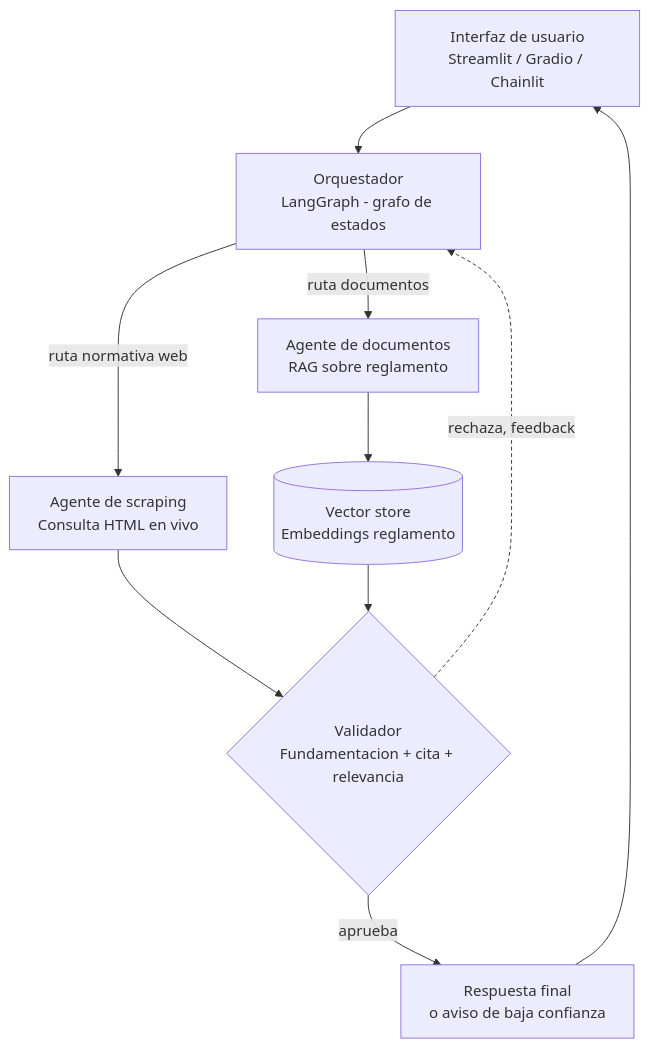
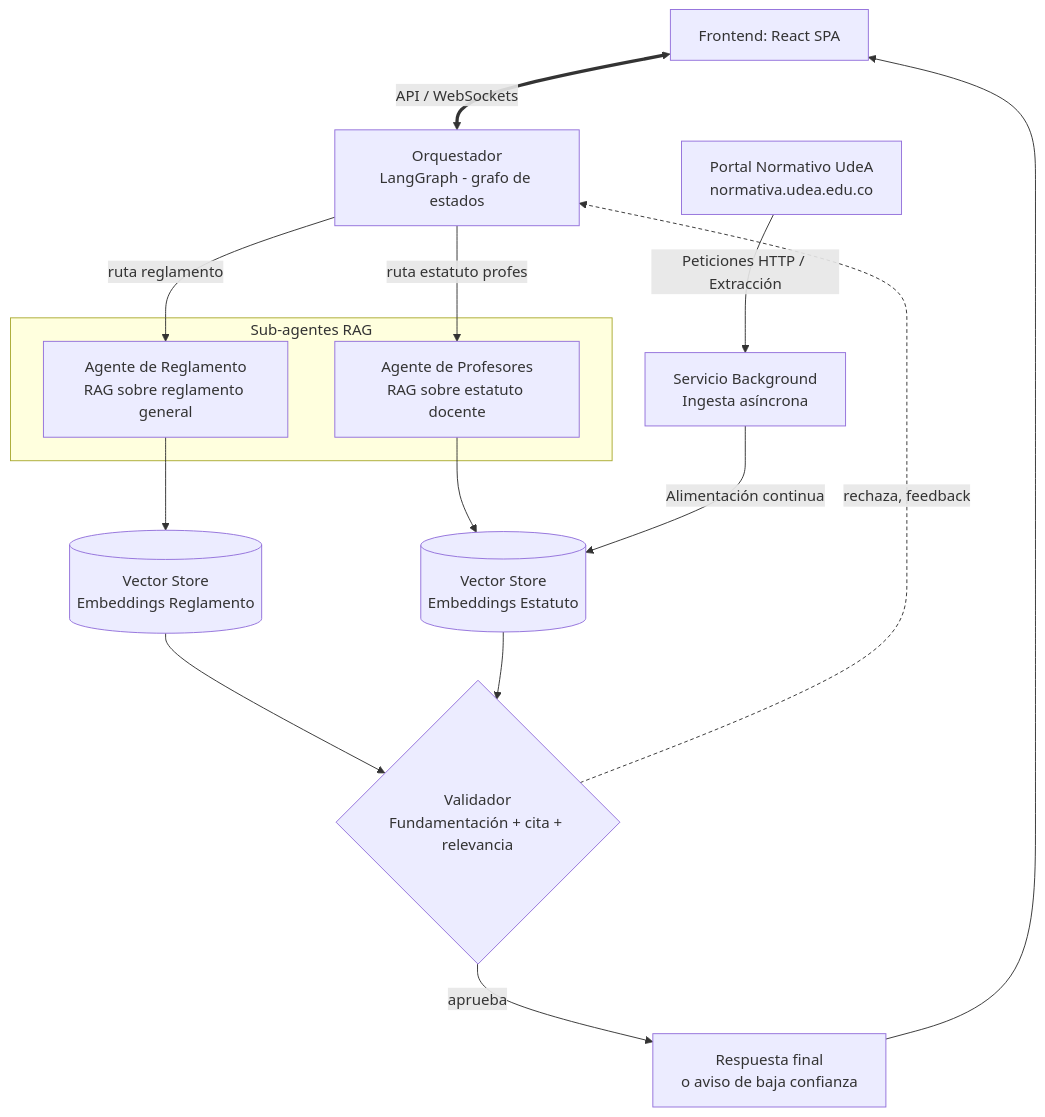
The diagram in README.md (JuanCOD001116/normativa-agentica), drawn with Mermaid before and after one commit. The commit also changed 21 other files, not shown here.

````diff
--- a/README.md
+++ b/README.md
@@ -9,22 +9,38 @@
 ```mermaid
 flowchart TD
-		UI[Interfaz de usuario<br/>Streamlit / Gradio / Chainlit]
-		ORQ[Orquestador<br/>LangGraph - grafo de estados]
-		AG_DOC[Agente de documentos<br/>RAG sobre reglamento]
-		AG_SCRAPE[Agente de scraping<br/>Consulta HTML en vivo]
-		VS[(Vector store<br/>Embeddings reglamento)]
-		VAL{Validador<br/>Fundamentacion + cita + relevancia}
-		RESP[Respuesta final<br/>o aviso de baja confianza]
+    UI[Frontend: React SPA]
+    ORQ[Orquestador<br/>LangGraph - grafo de estados]
+    
+    subgraph Sub-agentes RAG
+        AG_REGL[Agente de Reglamento<br/>RAG sobre reglamento general]
+        AG_PROF[Agente de Profesores<br/>RAG sobre estatuto docente]
+    end
 
-		UI --> ORQ
-		ORQ -->|ruta documentos| AG_DOC
-		ORQ -->|ruta normativa web| AG_SCRAPE
-		AG_DOC --> VS
-		AG_SCRAPE --> VAL
-		VS --> VAL
-		VAL -->|rechaza, feedback| ORQ
-		VAL -->|aprueba| RESP
-		RESP --> UI
+    VS_REGL[(Vector Store<br/>Embeddings Reglamento)]
+    VS_PROF[(Vector Store<br/>Embeddings Estatuto)]
+    
+    WEB_UDEA[Portal Normativo UdeA<br/>normativa.udea.edu.co]
+    BG_SVC[Servicio Background<br/>Ingesta asíncrona]
+    
+    VAL{Validador<br/>Fundamentación + cita + relevancia}
+    RESP[Respuesta final<br/>o aviso de baja confianza]
 
-		linkStyle 6 stroke-dasharray: 4 3
+    UI <==>|API / WebSockets| ORQ
+    ORQ -->|ruta reglamento| AG_REGL
+    ORQ -->|ruta estatuto profes| AG_PROF
+    
+    AG_REGL --> VS_REGL
+    AG_PROF --> VS_PROF
+    
+    WEB_UDEA -->|Peticiones HTTP / Extracción| BG_SVC
+    BG_SVC -->|Alimentación continua| VS_PROF
+    
+    VS_REGL --> VAL
+    VS_PROF --> VAL
+    
+    VAL -->|rechaza, feedback| ORQ
+    VAL -->|aprueba| RESP
+    RESP --> UI
+
+    linkStyle 9 stroke-dasharray: 4 3
 ```
````
